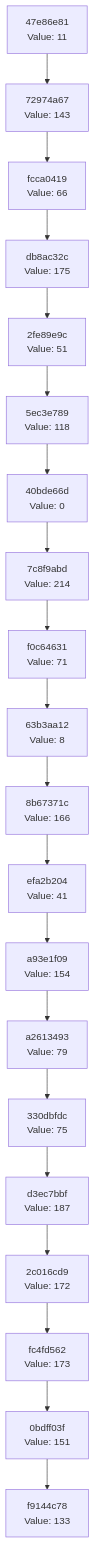
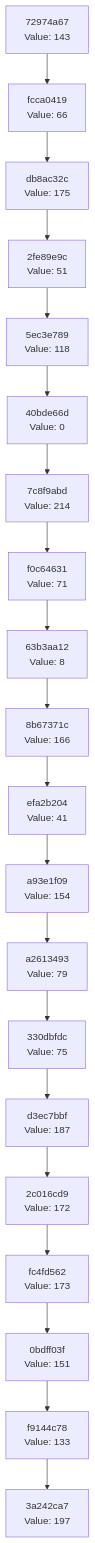
The diagram in docs/CHAIN_VISUALIZATION.md (Abhisheksinha1506/hash-chain-evolver), drawn with Mermaid before and after one commit. The commit also changed 2 other files, not shown here.

Commit message:
Evolution step: hash 0xC5 → action executed

````diff
--- a/docs/CHAIN_VISUALIZATION.md
+++ b/docs/CHAIN_VISUALIZATION.md
@@ -3,42 +3,42 @@
 ```mermaid
 graph TD
-    C0["f9144c78<br/>Value: 133"]
-    C1["0bdff03f<br/>Value: 151"]
+    C0["3a242ca7<br/>Value: 197"]
+    C1["f9144c78<br/>Value: 133"]
     C1 --> C0
-    C2["fc4fd562<br/>Value: 173"]
+    C2["0bdff03f<br/>Value: 151"]
     C2 --> C1
-    C3["2c016cd9<br/>Value: 172"]
+    C3["fc4fd562<br/>Value: 173"]
     C3 --> C2
-    C4["d3ec7bbf<br/>Value: 187"]
+    C4["2c016cd9<br/>Value: 172"]
     C4 --> C3
-    C5["330dbfdc<br/>Value: 75"]
+    C5["d3ec7bbf<br/>Value: 187"]
     C5 --> C4
-    C6["a2613493<br/>Value: 79"]
+    C6["330dbfdc<br/>Value: 75"]
     C6 --> C5
-    C7["a93e1f09<br/>Value: 154"]
+    C7["a2613493<br/>Value: 79"]
     C7 --> C6
-    C8["efa2b204<br/>Value: 41"]
+    C8["a93e1f09<br/>Value: 154"]
     C8 --> C7
-    C9["8b67371c<br/>Value: 166"]
+    C9["efa2b204<br/>Value: 41"]
     C9 --> C8
-    C10["63b3aa12<br/>Value: 8"]
+    C10["8b67371c<br/>Value: 166"]
     C10 --> C9
-    C11["f0c64631<br/>Value: 71"]
+    C11["63b3aa12<br/>Value: 8"]
     C11 --> C10
-    C12["7c8f9abd<br/>Value: 214"]
+    C12["f0c64631<br/>Value: 71"]
     C12 --> C11
-    C13["40bde66d<br/>Value: 0"]
+    C13["7c8f9abd<br/>Value: 214"]
     C13 --> C12
-    C14["5ec3e789<br/>Value: 118"]
+    C14["40bde66d<br/>Value: 0"]
     C14 --> C13
-    C15["2fe89e9c<br/>Value: 51"]
+    C15["5ec3e789<br/>Value: 118"]
     C15 --> C14
-    C16["db8ac32c<br/>Value: 175"]
+    C16["2fe89e9c<br/>Value: 51"]
     C16 --> C15
-    C17["fcca0419<br/>Value: 66"]
+    C17["db8ac32c<br/>Value: 175"]
     C17 --> C16
-    C18["72974a67<br/>Value: 143"]
+    C18["fcca0419<br/>Value: 66"]
     C18 --> C17
-    C19["47e86e81<br/>Value: 11"]
+    C19["72974a67<br/>Value: 143"]
     C19 --> C18
 ```
````
